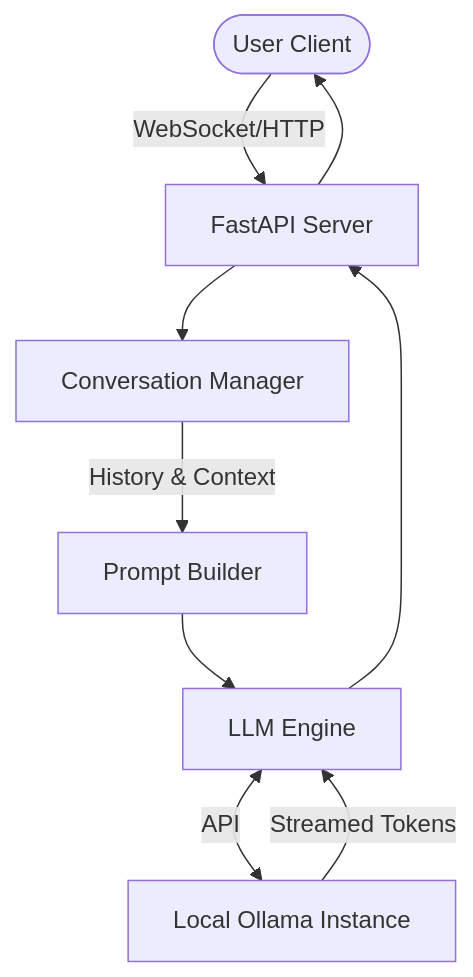
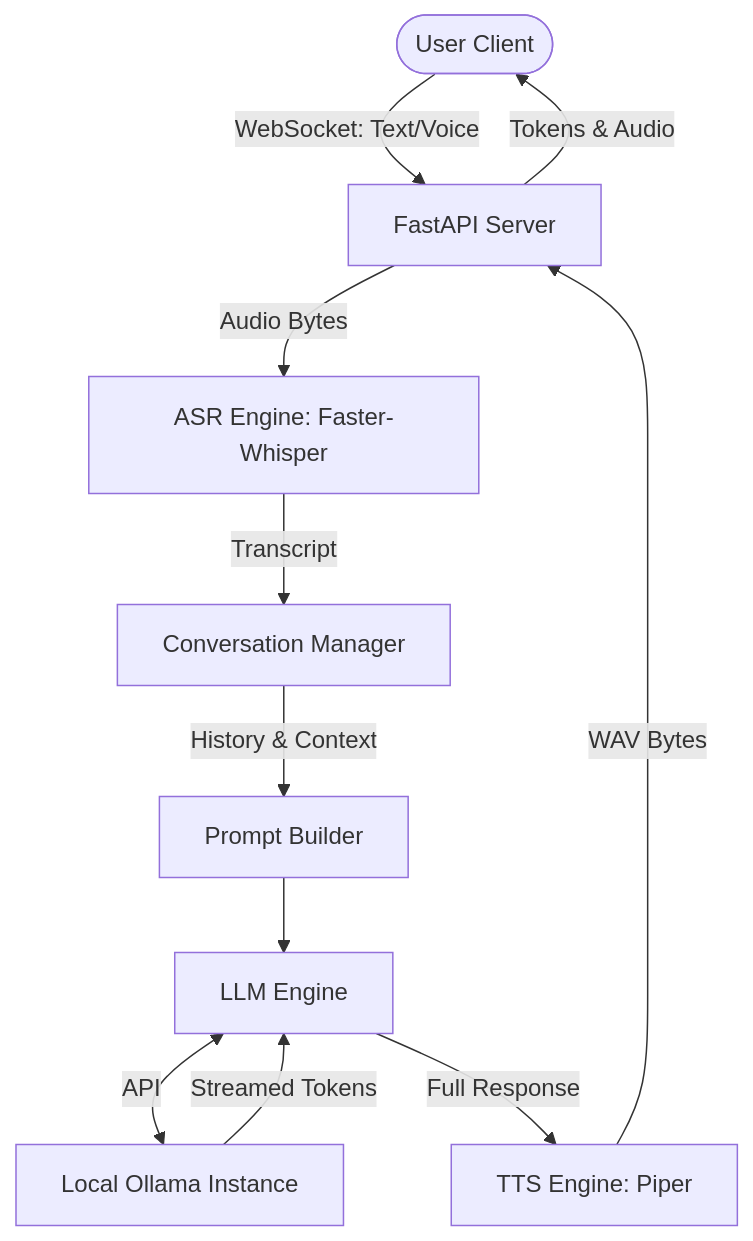
One commit to sudoHasaan/Chocomi changed the diagram in README.md. Above: the diagram before and after it, drawn with Mermaid. The commit also changed other lines of this file, not shown here.

````diff
--- a/README.md
+++ b/README.md
@@ -9,11 +9,13 @@
 ```mermaid
 graph TD
-    User([User Client]) -->|WebSocket/HTTP| API[FastAPI Server]
-    API --> CM[Conversation Manager]
+    User([User Client]) -->|WebSocket: Text/Voice| API[FastAPI Server]
+    API -->|Audio Bytes| ASR[ASR Engine: Faster-Whisper]
+    ASR -->|Transcript| CM[Conversation Manager]
     CM -->|History & Context| Prompt[Prompt Builder]
     Prompt --> Engine[LLM Engine]
     Engine <-->|API| Ollama[Local Ollama Instance]
     Ollama -->|Streamed Tokens| Engine
-    Engine --> API
-    API --> User
+    Engine -->|Full Response| TTS[TTS Engine: Piper]
+    TTS -->|WAV Bytes| API
+    API -->|Tokens & Audio| User
 ```
````
